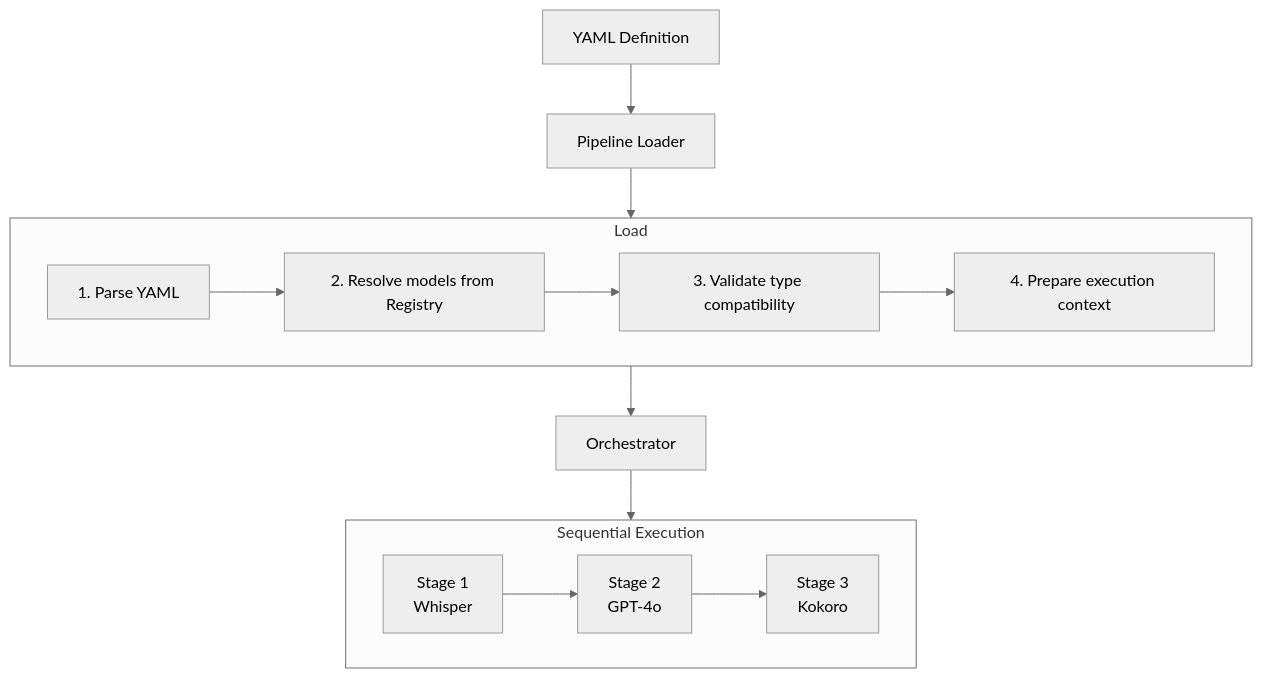
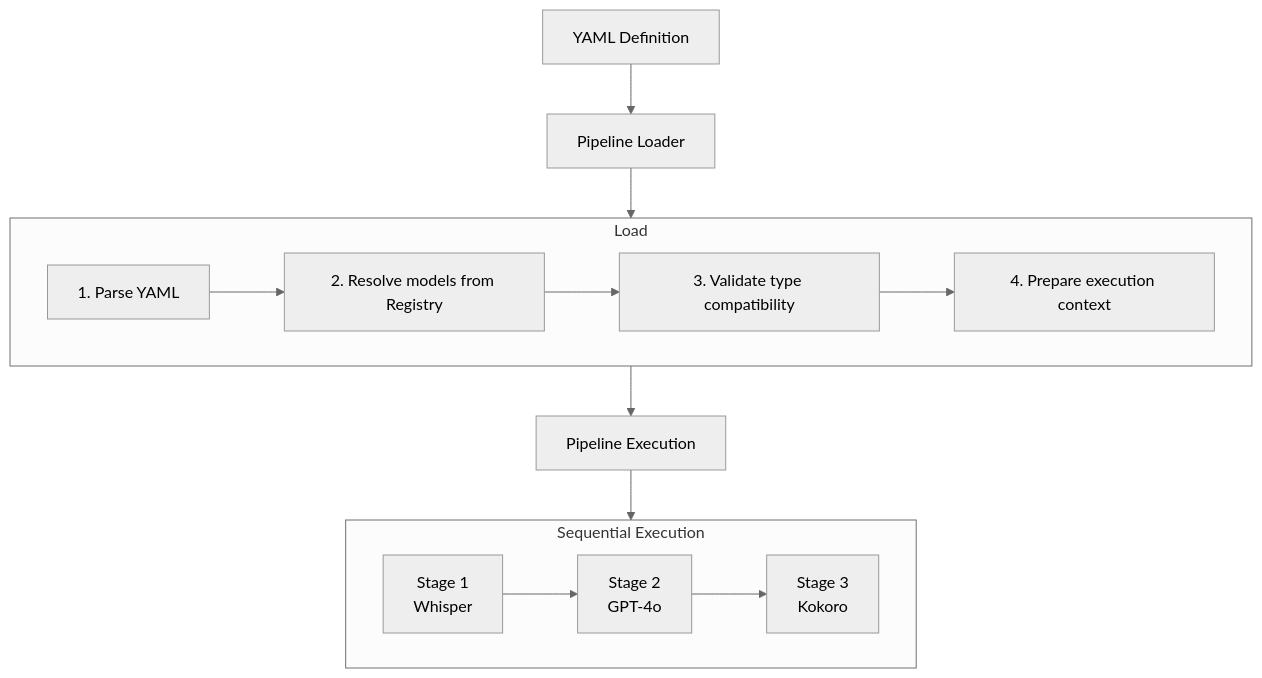
One commit to xybrid-ai/xybrid changed the diagram in docs/content/docs/concepts/pipelines.mdx. Above: the diagram before and after it, drawn with Mermaid (neutral theme). The commit also changed other lines of this file and 29 other files, not shown here.

````diff
--- a/docs/content/docs/concepts/pipelines.mdx
+++ b/docs/content/docs/concepts/pipelines.mdx
@@ -11,19 +11,19 @@
 ```mermaid
 flowchart TD
   A[YAML Definition] --> B[Pipeline Loader]
 
   B --> BB
   subgraph BB[Load]
     direction LR
       B1[1. Parse YAML] --> B2[2. Resolve models from Registry] --> B3[3. Validate type compatibility] --> B4[4. Prepare execution context]
     end
 
-    BB --> C[Orchestrator]
+    BB --> C[Pipeline Execution]
 
     C --> D
 
     subgraph D[Sequential Execution]
         direction LR
         S1[Stage 1</br>Whisper] --> S2[Stage 2</br>GPT-4o] --> S3[Stage 3</br>Kokoro]
     end
 ```
````
